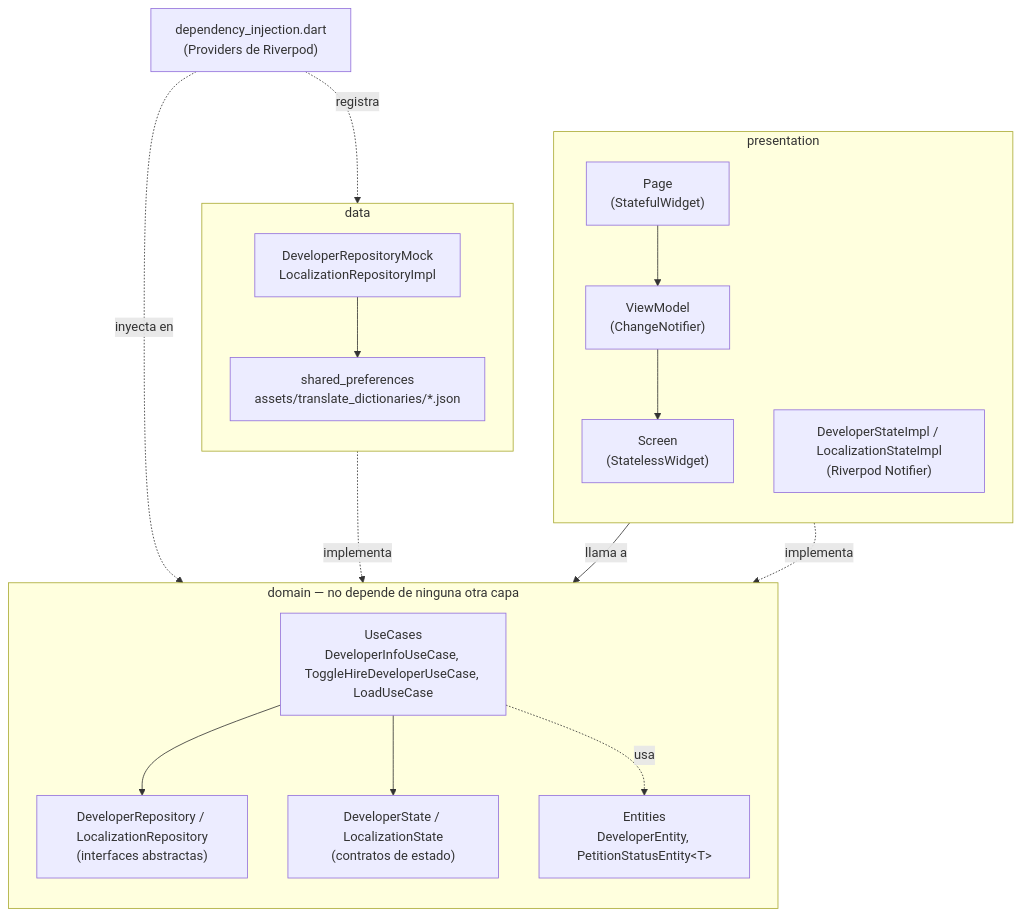
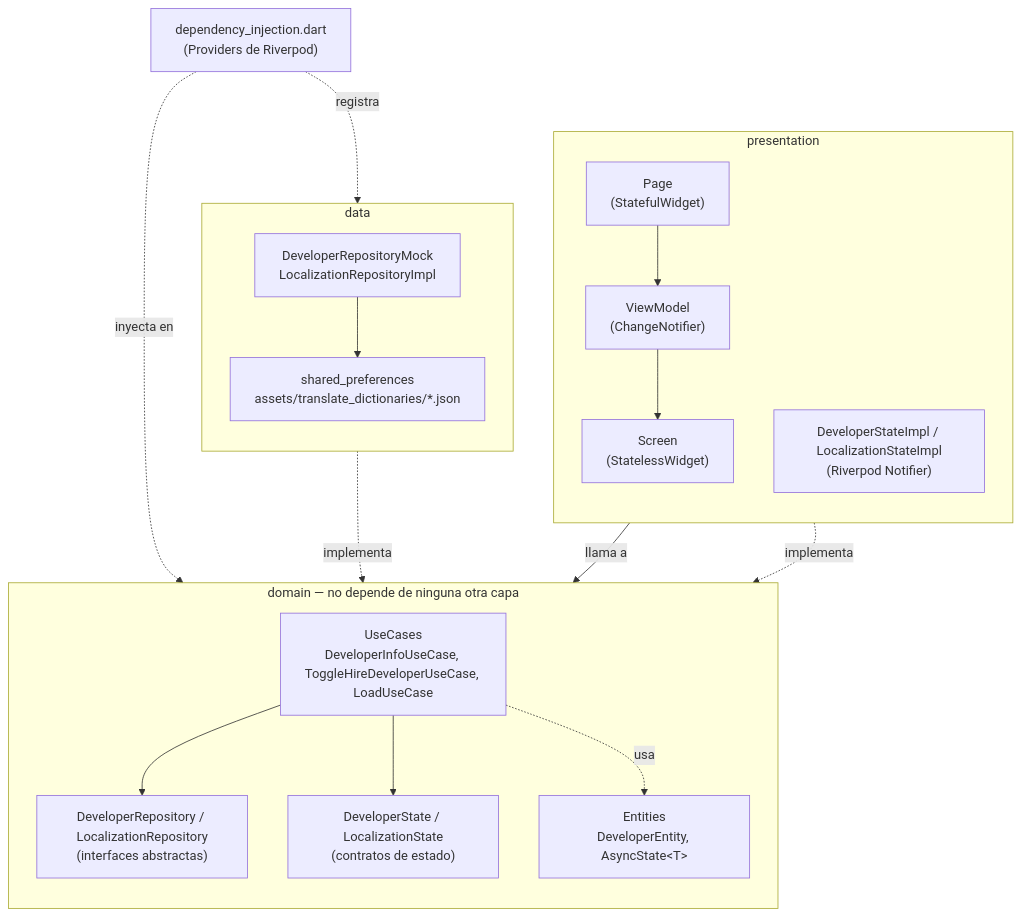
The diagram in README.md (marlonc98/pragma_road_0), drawn with Mermaid before and after one commit. The commit also changed other lines of this file and 15 other files, not shown here.

Commit message:
refactor (PetitionStatusEntity -> AsyncState)

````diff
--- a/README.md
+++ b/README.md
@@ -89,36 +89,36 @@
 ```mermaid
 flowchart TB
     subgraph Presentation["presentation"]
         direction TB
         Page["Page<br/>(StatefulWidget)"]
         VM["ViewModel<br/>(ChangeNotifier)"]
         Screen["Screen<br/>(StatelessWidget)"]
         StateImpl["DeveloperStateImpl / LocalizationStateImpl<br/>(Riverpod Notifier)"]
         Page --> VM --> Screen
     end
 
     subgraph Domain["domain — no depende de ninguna otra capa"]
         direction TB
         UseCase["UseCases<br/>DeveloperInfoUseCase, ToggleHireDeveloperUseCase, LoadUseCase"]
         RepoI["DeveloperRepository / LocalizationRepository<br/>(interfaces abstractas)"]
         StatesI["DeveloperState / LocalizationState<br/>(contratos de estado)"]
-        Entities["Entities<br/>DeveloperEntity, PetitionStatusEntity&lt;T&gt;"]
+        Entities["Entities<br/>DeveloperEntity, AsyncState&lt;T&gt;"]
         UseCase --> RepoI
         UseCase --> StatesI
         UseCase -.->|usa| Entities
     end
 
     subgraph Data["data"]
         direction TB
         RepoImpl["DeveloperRepositoryMock<br/>LocalizationRepositoryImpl"]
         Sources["shared_preferences<br/>assets/translate_dictionaries/*.json"]
         RepoImpl --> Sources
     end
 
     VM -->|llama a| UseCase
     RepoImpl -.->|implementa| RepoI
     StateImpl -.->|implementa| StatesI
 
     DI["dependency_injection.dart<br/>(Providers de Riverpod)"] -.->|registra| RepoImpl
     DI -.->|inyecta en| UseCase
 ```
````
